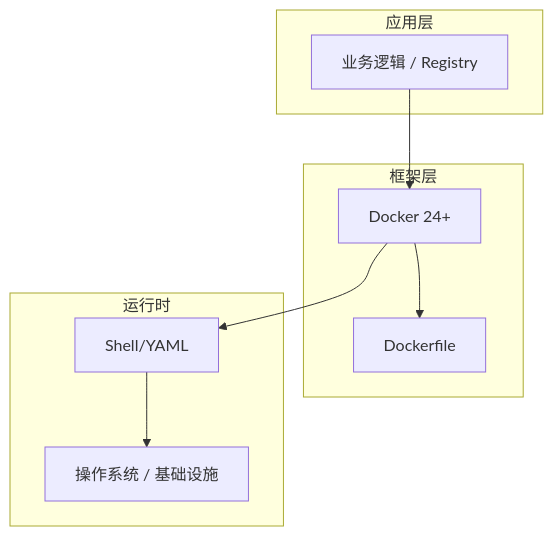
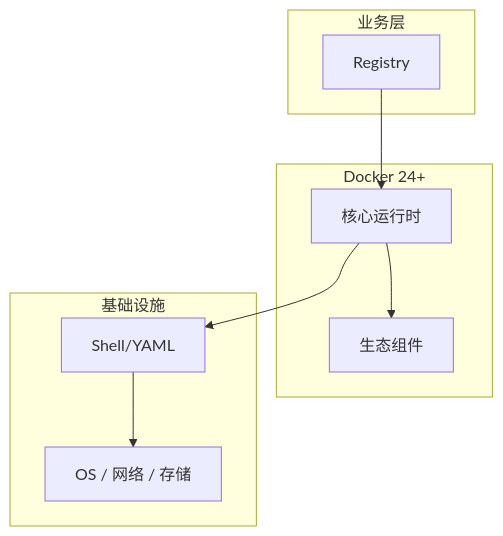
Before and after one commit to yanggan2015/knowledge-json-v2: the diagram in articles/Docker/chapters/057-Registry核心概念与原理.md, drawn with Mermaid. The commit also changed other lines of this file and 10127 other files, not shown here.

````diff
--- a/articles/Docker/chapters/057-Registry核心概念与原理.md
+++ b/articles/Docker/chapters/057-Registry核心概念与原理.md
@@ -45,18 +34,18 @@
 ```mermaid
 graph TB
-    subgraph 应用层
-        A[业务逻辑 / Registry]
+    subgraph 业务层
+        A[Registry]
     end
-    subgraph 框架层
-        B[Docker 24+]
-        C[Dockerfile]
+    subgraph Docker 24+
+        B[核心运行时]
+        C[生态组件]
     end
-    subgraph 运行时
+    subgraph 基础设施
         D[Shell/YAML]
-        E[操作系统 / 基础设施]
+        E[OS / 网络 / 存储]
     end
     A --> B
     B --> C
     B --> D
     D --> E
 ```
````
